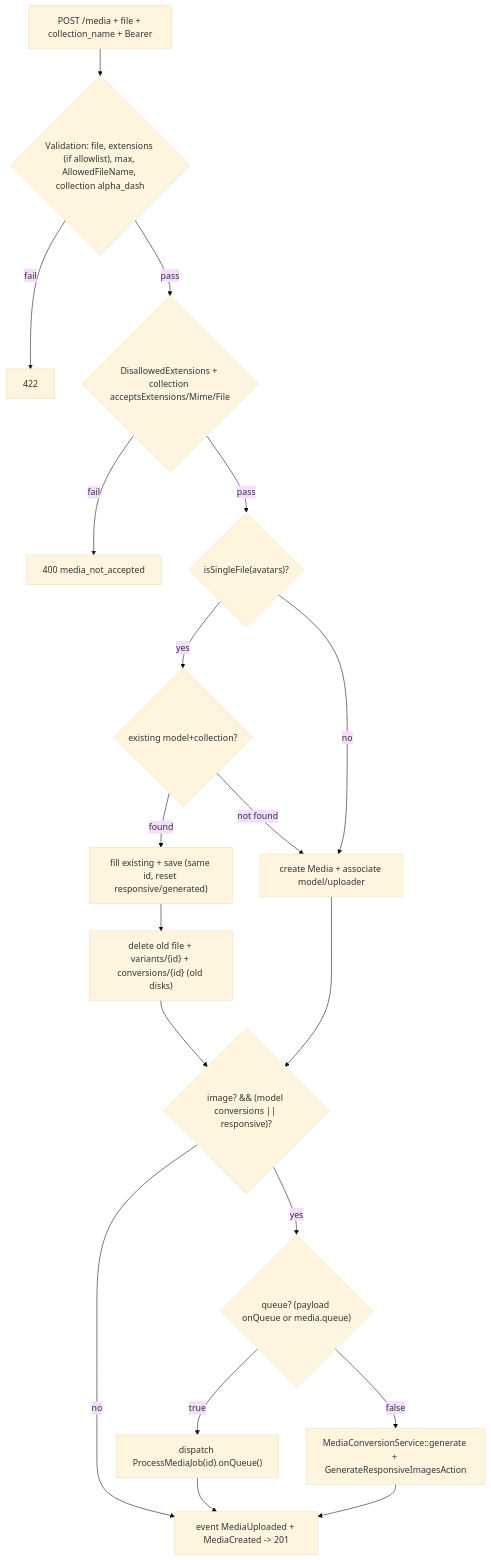
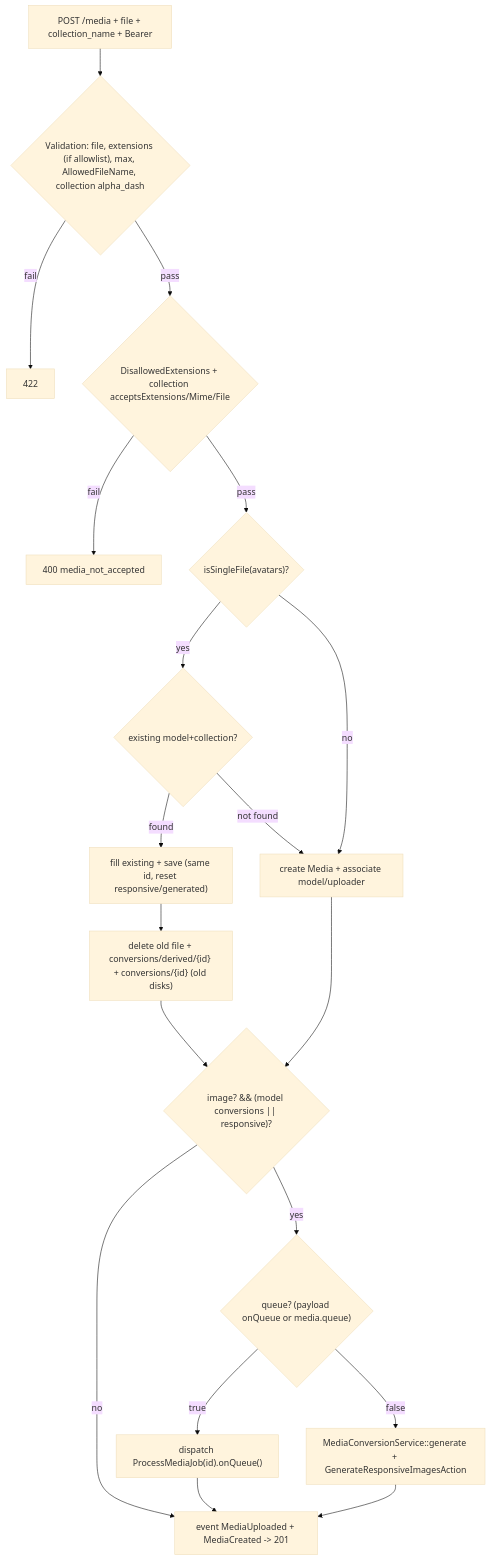
Before and after one commit to thomiOmi/laravel-starterkit-api: the second of 5 diagrams in modules/Media/README.md, drawn with Mermaid (base theme). The commit also changed other lines of this file and 14 other files, not shown here.

````diff
--- a/modules/Media/README.md
+++ b/modules/Media/README.md
@@ -153,21 +153,21 @@
 ```mermaid
 flowchart TD
     Req["POST /media + file + collection_name + Bearer"] --> Val{"Validation: file, extensions (if allowlist), max, AllowedFileName, collection alpha_dash"}
     Val -- fail --> N422["422"]
     Val -- pass --> Guard{"DisallowedExtensions + collection acceptsExtensions/Mime/File"}
     Guard -- fail --> N400["400 media_not_accepted"]
     Guard -- pass --> Single{"isSingleFile(avatars)?"}
     Single -- yes --> Find{"existing model+collection?"}
     Find -- found --> Upd["fill existing + save (same id, reset responsive/generated)"]
-    Upd --> CleanOld["delete old file + variants/{id} + conversions/{id} (old disks)"]
+    Upd --> CleanOld["delete old file + conversions/derived/{id} + conversions/{id} (old disks)"]
     CleanOld --> Conv
     Find -- not found --> Create["create Media + associate model/uploader"]
     Single -- no --> Create
     Create --> Conv{"image? && (model conversions || responsive)?"}
     Conv -- no --> Event["event MediaUploaded + MediaCreated -> 201"]
     Conv -- yes --> Q{"queue? (payload onQueue or media.queue)"}
     Q -- true --> Job["dispatch ProcessMediaJob(id).onQueue()"]
     Q -- false --> Sync["MediaConversionService::generate + GenerateResponsiveImagesAction"]
     Job --> Event
     Sync --> Event
 ```
````
